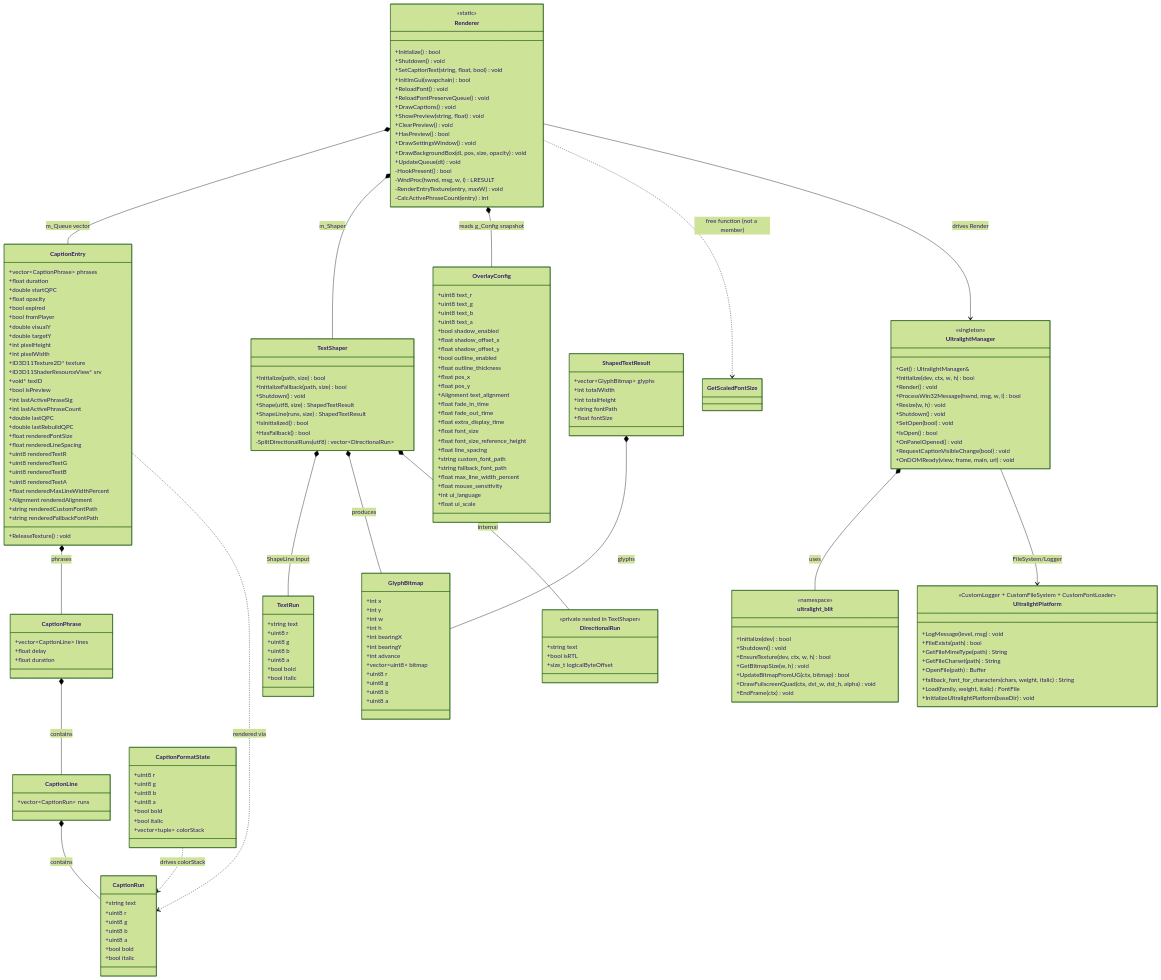
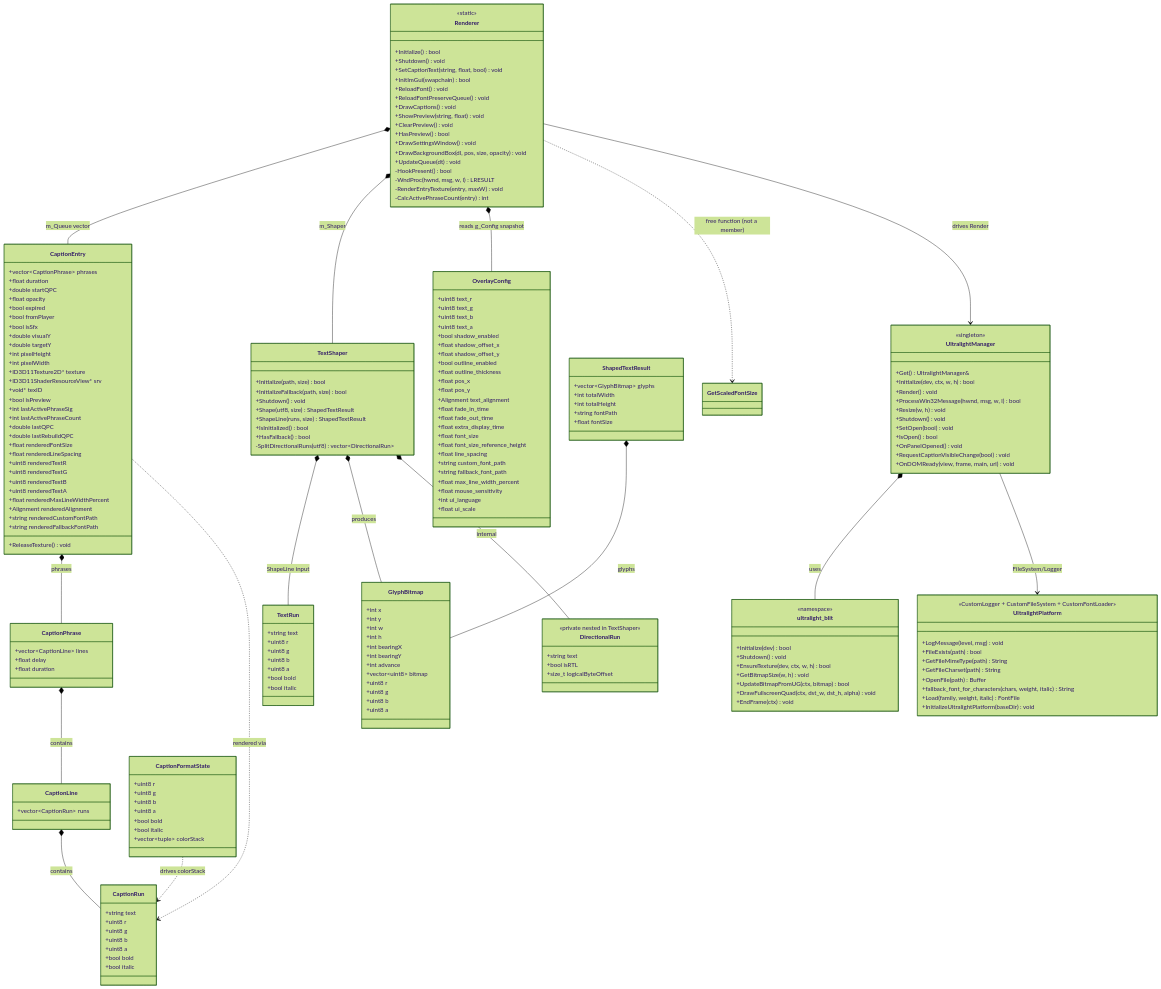
Before and after one commit to majd-tqe/Hlyx-Caption: the diagram in docs/wiki/diagrams/class-diagram.md, drawn with Mermaid (forest theme). The commit also changed other lines of this file and 22 other files, not shown here.

```diff
--- a/docs/wiki/diagrams/class-diagram.md
+++ b/docs/wiki/diagrams/class-diagram.md
@@ -55,6 +55,7 @@
         +float opacity
         +bool expired
         +bool fromPlayer
+        +bool isSfx
         +double visualY
         +double targetY
         +int pixelHeight
```
